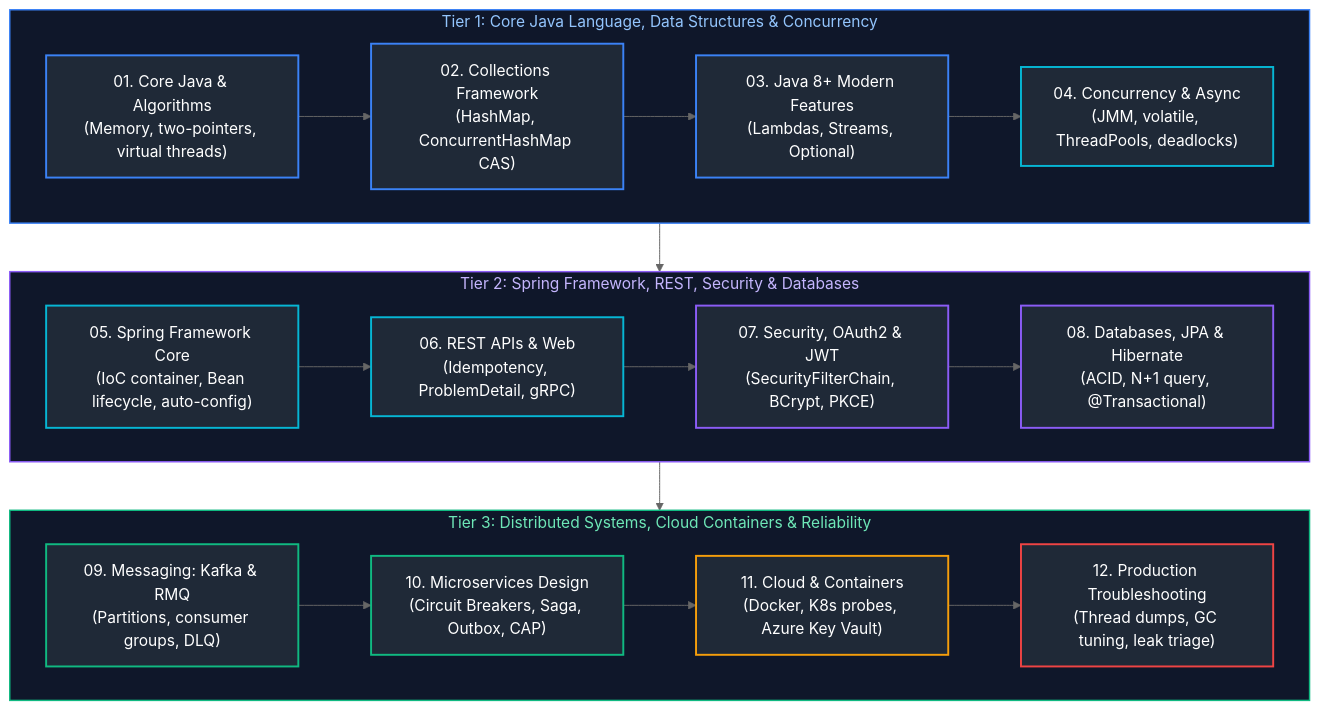
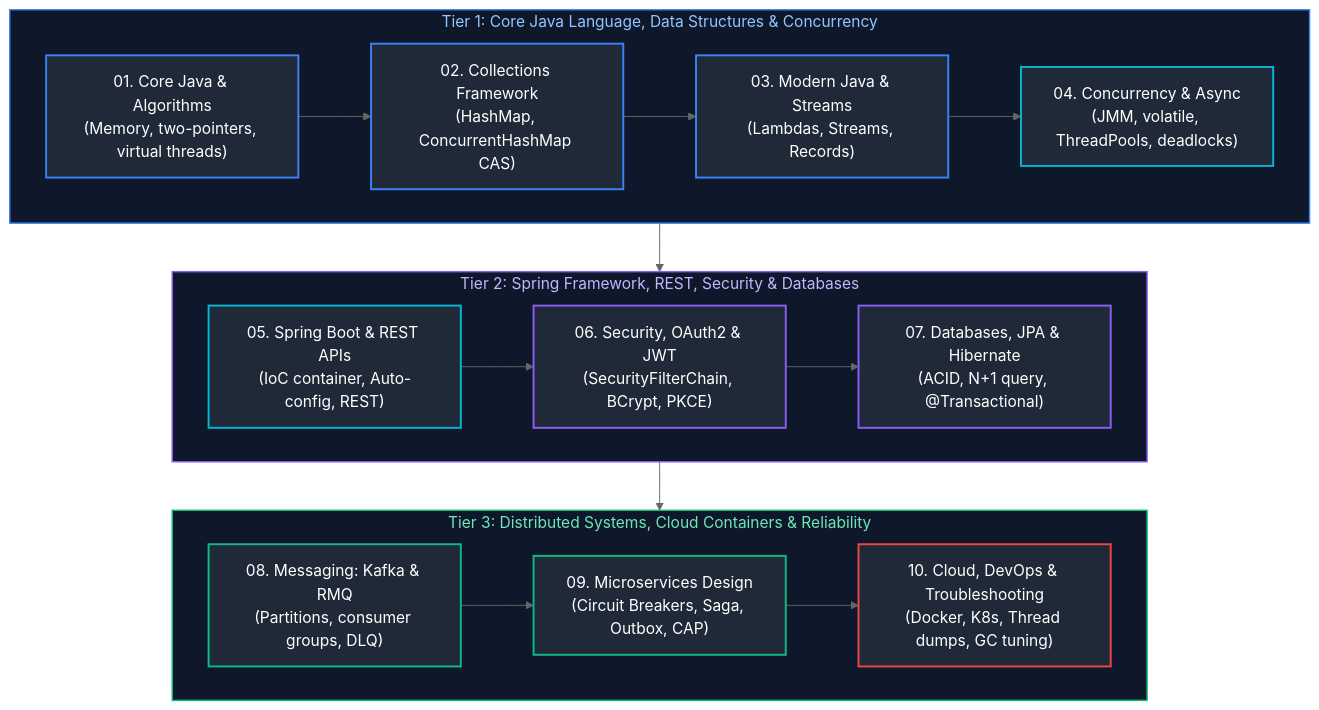
Before and after one commit to joydeep-biswas/Interview-Preparation: the diagram in Java Backend Engineering/frequently_asked_questions/00_java_faq_study_guide_and_index.md, drawn with Mermaid (neutral theme). The commit also changed other lines of this file and 178 other files, not shown here.

````diff
--- a/Java Backend Engineering/frequently_asked_questions/00_java_faq_study_guide_and_index.md
+++ b/Java Backend Engineering/frequently_asked_questions/00_java_faq_study_guide_and_index.md
@@ -11,37 +11,35 @@
 ```mermaid
 flowchart TD
     subgraph Tier1 ["Tier 1: Core Java Language, Data Structures & Concurrency"]
         direction LR
-        Step1["01. Core Java & Algorithms<br/>(Memory, two-pointers, virtual threads)"] --> Step2["02. Collections Framework<br/>(HashMap, ConcurrentHashMap CAS)"] --> Step3["03. Java 8+ Modern Features<br/>(Lambdas, Streams, Optional)"] --> Step4["04. Concurrency & Async<br/>(JMM, volatile, ThreadPools, deadlocks)"]
+        Step1["01. Core Java & Algorithms<br/>(Memory, two-pointers, virtual threads)"] --> Step2["02. Collections Framework<br/>(HashMap, ConcurrentHashMap CAS)"] --> Step3["03. Modern Java & Streams<br/>(Lambdas, Streams, Records)"] --> Step4["04. Concurrency & Async<br/>(JMM, volatile, ThreadPools, deadlocks)"]
     end
 
     subgraph Tier2 ["Tier 2: Spring Framework, REST, Security & Databases"]
         direction LR
-        Step5["05. Spring Framework Core<br/>(IoC container, Bean lifecycle, auto-config)"] --> Step6["06. REST APIs & Web<br/>(Idempotency, ProblemDetail, gRPC)"] --> Step7["07. Security, OAuth2 & JWT<br/>(SecurityFilterChain, BCrypt, PKCE)"] --> Step8["08. Databases, JPA & Hibernate<br/>(ACID, N+1 query, @Transactional)"]
+        Step5["05. Spring Boot & REST APIs<br/>(IoC container, Auto-config, REST)"] --> Step6["06. Security, OAuth2 & JWT<br/>(SecurityFilterChain, BCrypt, PKCE)"] --> Step7["07. Databases, JPA & Hibernate<br/>(ACID, N+1 query, @Transactional)"]
     end
 
     subgraph Tier3 ["Tier 3: Distributed Systems, Cloud Containers & Reliability"]
         direction LR
-        Step9["09. Messaging: Kafka & RMQ<br/>(Partitions, consumer groups, DLQ)"] --> Step10["10. Microservices Design<br/>(Circuit Breakers, Saga, Outbox, CAP)"] --> Step11["11. Cloud & Containers<br/>(Docker, K8s probes, Azure Key Vault)"] --> Step12["12. Production Troubleshooting<br/>(Thread dumps, GC tuning, leak triage)"]
+        Step8["08. Messaging: Kafka & RMQ<br/>(Partitions, consumer groups, DLQ)"] --> Step9["09. Microservices Design<br/>(Circuit Breakers, Saga, Outbox, CAP)"] --> Step10["10. Cloud, DevOps & Troubleshooting<br/>(Docker, K8s, Thread dumps, GC tuning)"]
     end
 
     Step4 --> Step5
-    Step8 --> Step9
+    Step7 --> Step8
 
     style Tier1 fill:#0f172a,stroke:#3b82f6,stroke-width:1.5px,color:#93c5fd
     style Tier2 fill:#0f172a,stroke:#8b5cf6,stroke-width:1.5px,color:#c4b5fd
     style Tier3 fill:#0f172a,stroke:#10b981,stroke-width:1.5px,color:#6ee7b7
 
     style Step1 fill:#1f2937,stroke:#3b82f6,stroke-width:2px,color:#fff
     style Step2 fill:#1f2937,stroke:#3b82f6,stroke-width:2px,color:#fff
     style Step3 fill:#1f2937,stroke:#3b82f6,stroke-width:2px,color:#fff
     style Step4 fill:#1f2937,stroke:#06b6d4,stroke-width:2px,color:#fff
     style Step5 fill:#1f2937,stroke:#06b6d4,stroke-width:2px,color:#fff
-    style Step6 fill:#1f2937,stroke:#06b6d4,stroke-width:2px,color:#fff
+    style Step6 fill:#1f2937,stroke:#8b5cf6,stroke-width:2px,color:#fff
     style Step7 fill:#1f2937,stroke:#8b5cf6,stroke-width:2px,color:#fff
-    style Step8 fill:#1f2937,stroke:#8b5cf6,stroke-width:2px,color:#fff
+    style Step8 fill:#1f2937,stroke:#10b981,stroke-width:2px,color:#fff
     style Step9 fill:#1f2937,stroke:#10b981,stroke-width:2px,color:#fff
-    style Step10 fill:#1f2937,stroke:#10b981,stroke-width:2px,color:#fff
-    style Step11 fill:#1f2937,stroke:#f59e0b,stroke-width:2px,color:#fff
-    style Step12 fill:#1f2937,stroke:#ef4444,stroke-width:2px,color:#fff
+    style Step10 fill:#1f2937,stroke:#ef4444,stroke-width:2px,color:#fff
 ```
````
